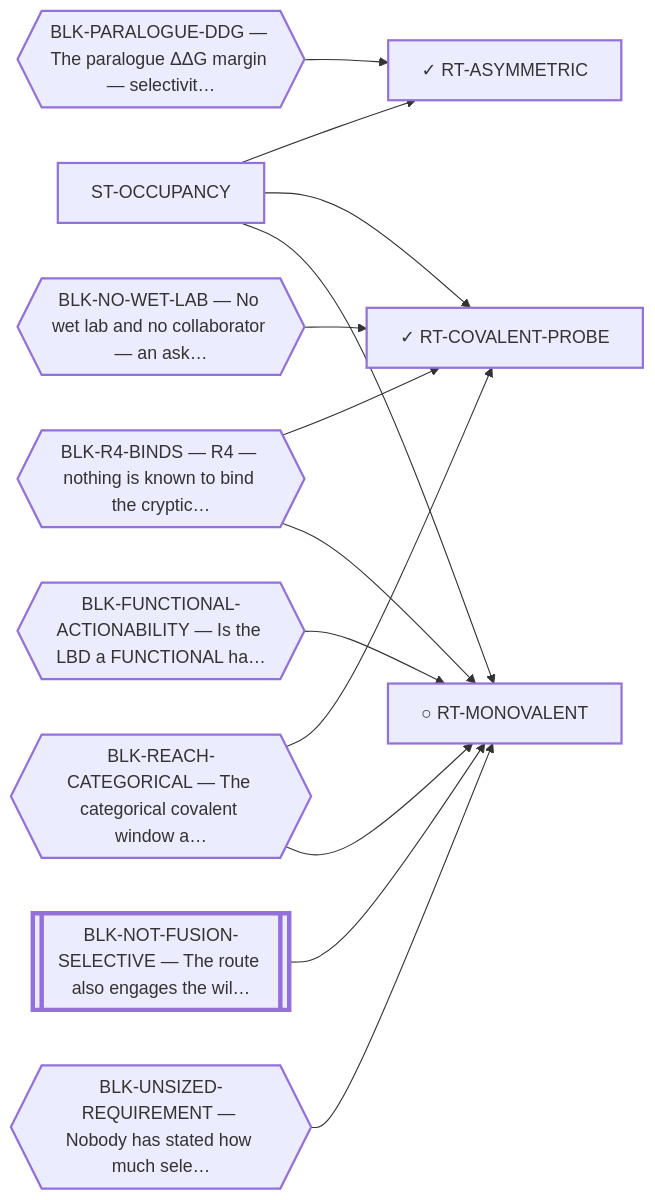
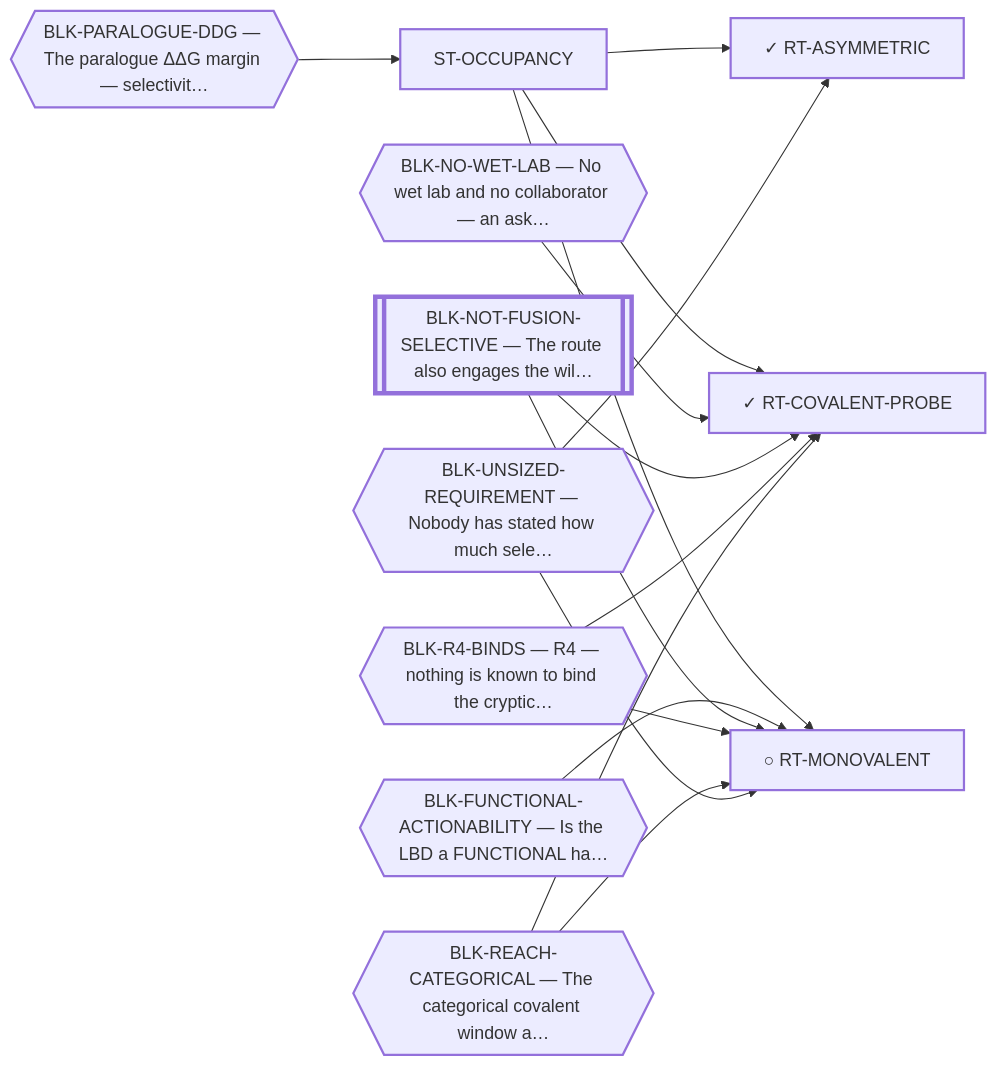
The diagram in systems/views/L1-st-occupancy.md (trimcrae/Rare-cancers), drawn with Mermaid before and after one commit. The commit also changed other lines of this file and 11 other files, not shown here.

````diff
--- a/systems/views/L1-st-occupancy.md
+++ b/systems/views/L1-st-occupancy.md
@@ -35,31 +35,33 @@
 ```mermaid
 flowchart LR
   ST_OCCUPANCY["ST-OCCUPANCY"]:::fam
   RT_ASYMMETRIC["✓ RT-ASYMMETRIC"]:::fam
   ST_OCCUPANCY --> RT_ASYMMETRIC
   RT_COVALENT_PROBE["✓ RT-COVALENT-PROBE"]:::fam
   ST_OCCUPANCY --> RT_COVALENT_PROBE
   RT_MONOVALENT["○ RT-MONOVALENT"]:::fam
   ST_OCCUPANCY --> RT_MONOVALENT
 
+  BLK_PARALOGUE_DDG{{"BLK-PARALOGUE-DDG — The paralogue ΔΔG margin — selectivit…"}}:::blk
+  BLK_PARALOGUE_DDG --> ST_OCCUPANCY
   BLK_FUNCTIONAL_ACTIONABILITY{{"BLK-FUNCTIONAL-ACTIONABILITY — Is the LBD a FUNCTIONAL ha…"}}:::blk
   BLK_FUNCTIONAL_ACTIONABILITY --> RT_MONOVALENT
   BLK_NO_WET_LAB{{"BLK-NO-WET-LAB — No wet lab and no collaborator — an ask…"}}:::blk
   BLK_NO_WET_LAB --> RT_COVALENT_PROBE
   BLK_NOT_FUSION_SELECTIVE[["BLK-NOT-FUSION-SELECTIVE — The route also engages the wil…"]]:::perm
+  BLK_NOT_FUSION_SELECTIVE --> RT_COVALENT_PROBE
   BLK_NOT_FUSION_SELECTIVE --> RT_MONOVALENT
-  BLK_PARALOGUE_DDG{{"BLK-PARALOGUE-DDG — The paralogue ΔΔG margin — selectivit…"}}:::blk
-  BLK_PARALOGUE_DDG --> RT_ASYMMETRIC
   BLK_R4_BINDS{{"BLK-R4-BINDS — R4 — nothing is known to bind the cryptic…"}}:::blk
   BLK_R4_BINDS --> RT_COVALENT_PROBE
   BLK_R4_BINDS --> RT_MONOVALENT
   BLK_REACH_CATEGORICAL{{"BLK-REACH-CATEGORICAL — The categorical covalent window a…"}}:::blk
   BLK_REACH_CATEGORICAL --> RT_COVALENT_PROBE
   BLK_REACH_CATEGORICAL --> RT_MONOVALENT
   BLK_UNSIZED_REQUIREMENT{{"BLK-UNSIZED-REQUIREMENT — Nobody has stated how much sele…"}}:::blk
+  BLK_UNSIZED_REQUIREMENT --> RT_ASYMMETRIC
   BLK_UNSIZED_REQUIREMENT --> RT_MONOVALENT
   classDef fam stroke-width:2px;
   classDef blk stroke-width:2px;
   classDef perm stroke-width:4px;
   classDef tech stroke-width:1px,stroke-dasharray:4 3;
 ```
````
